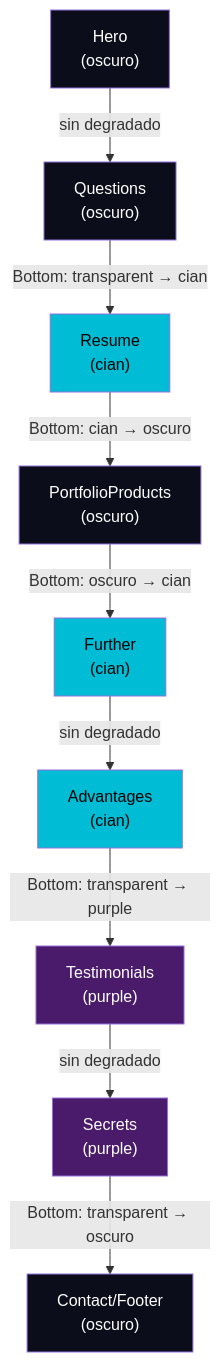
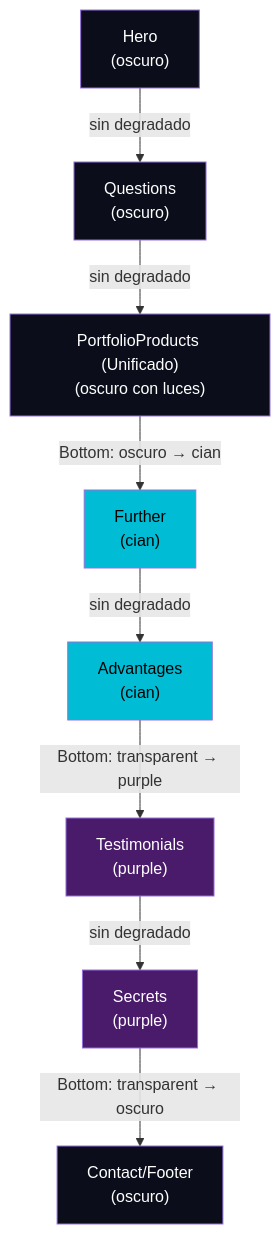
Before and after one commit to Maikpwwq/nexasoft: the diagram in .agents/docs/section-gradients.md, drawn with Mermaid. The commit also changed other lines of this file and 5 other files, not shown here.

Commit message:
feat(home): Fase 3 - unificacion de seccion en home con fondo oscuro, luces, grid de cards simples y retiro de Resume

````diff
--- a/.agents/docs/section-gradients.md
+++ b/.agents/docs/section-gradients.md
@@ -23,21 +23,19 @@
 ```mermaid
 graph TD
     A["Hero<br/>(oscuro)"] -->|sin degradado| B["Questions<br/>(oscuro)"]
-    B -->|"Bottom: transparent → cian"| C["Resume<br/>(cian)"]
-    C -->|"Bottom: cian → oscuro"| D["PortfolioProducts<br/>(oscuro)"]
+    B -->|sin degradado| D["PortfolioProducts (Unificado)<br/>(oscuro con luces)"]
     D -->|"Bottom: oscuro → cian"| E["Further<br/>(cian)"]
     E -->|sin degradado| F["Advantages<br/>(cian)"]
     F -->|"Bottom: transparent → purple"| G["Testimonials<br/>(purple)"]
     G -->|sin degradado| H["Secrets<br/>(purple)"]
     H -->|"Bottom: transparent → oscuro"| I["Contact/Footer<br/>(oscuro)"]
 
     style A fill:#0b0e1a,color:#fff
     style B fill:#0b0e1a,color:#fff
-    style C fill:#00bcd4,color:#000
     style D fill:#0b0e1a,color:#fff
     style E fill:#00bcd4,color:#000
     style F fill:#00bcd4,color:#000
     style G fill:#4a1a6b,color:#fff
     style H fill:#4a1a6b,color:#fff
     style I fill:#0b0e1a,color:#fff
 ```
````
